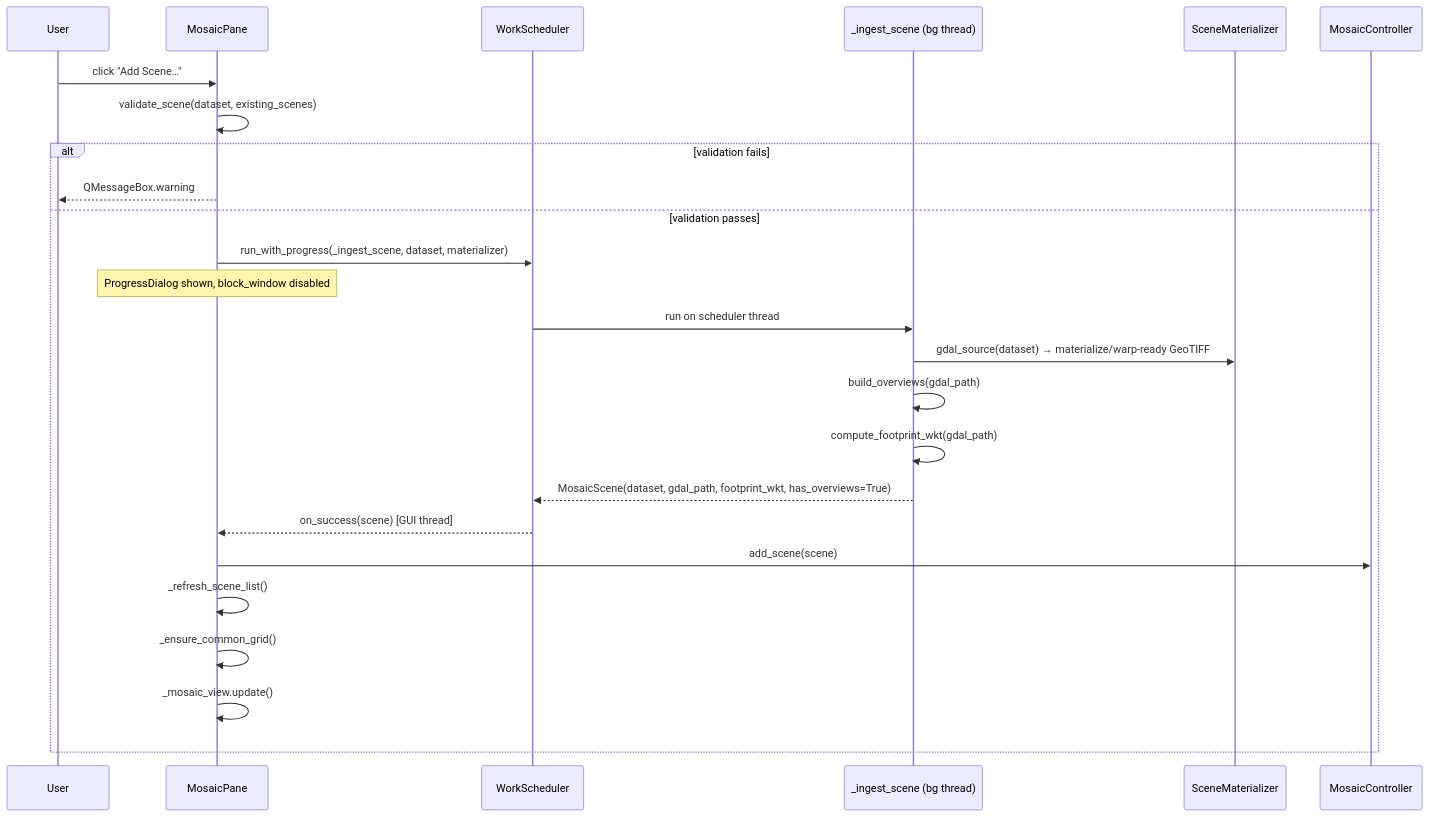
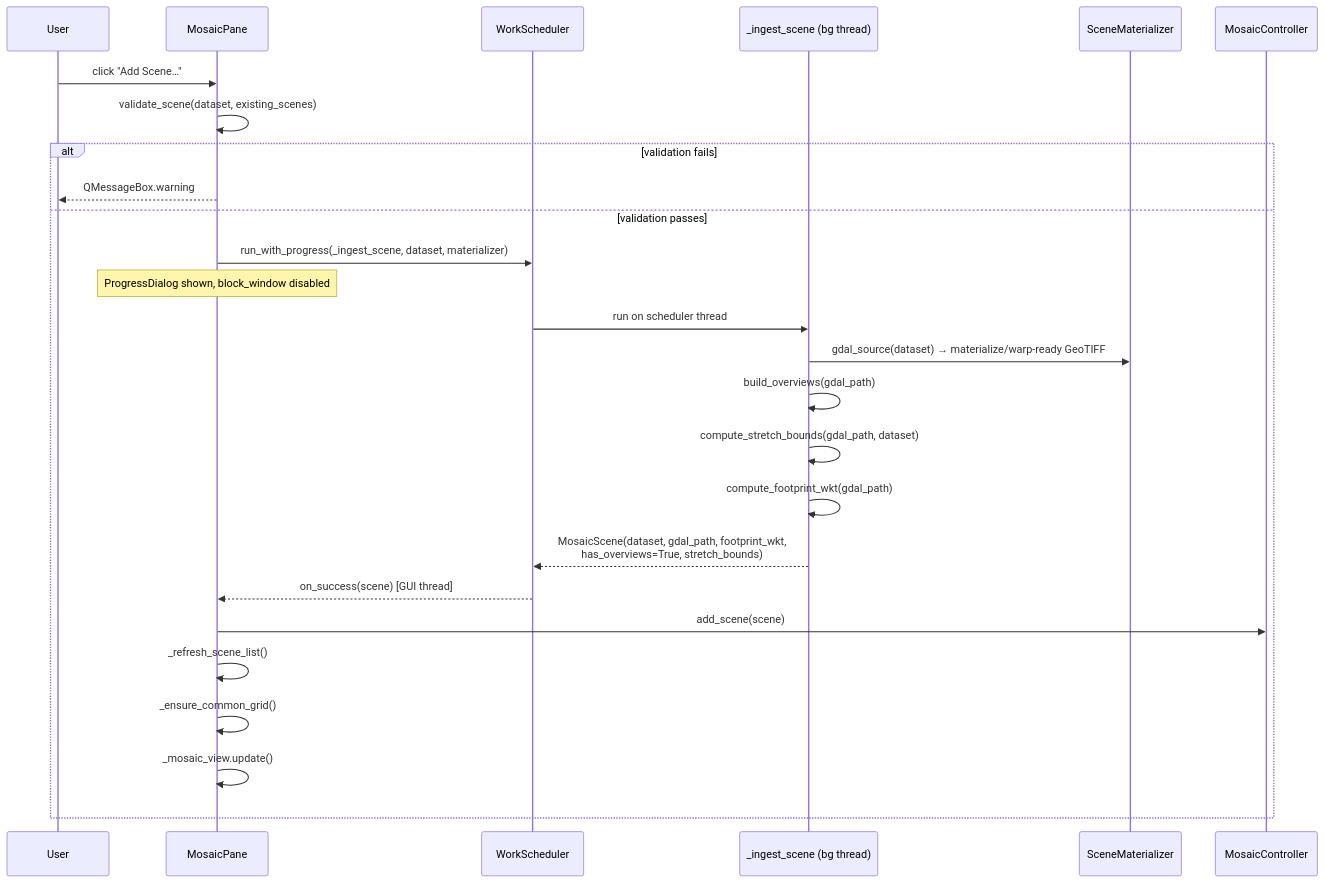
Before and after one commit to Ehlmann-research-group/WISER: the third of 7 diagrams in doc/sphinx-general-wiser-docs/source/developer-content/mosaic-internals.md, drawn with Mermaid. The commit also changed other lines of this file, not shown here.

Commit message:
doc: Updating mosaic internal docs with contrast stretch change

````diff
--- a/doc/sphinx-general-wiser-docs/source/developer-content/mosaic-internals.md
+++ b/doc/sphinx-general-wiser-docs/source/developer-content/mosaic-internals.md
@@ -220,28 +222,29 @@
 ```{mermaid}
 sequenceDiagram
     participant User
     participant Pane as MosaicPane
     participant Sched as WorkScheduler
     participant Ingest as _ingest_scene (bg thread)
     participant Mat as SceneMaterializer
     participant Ctrl as MosaicController
 
     User->>Pane: click "Add Scene…"
     Pane->>Pane: validate_scene(dataset, existing_scenes)
     alt validation fails
         Pane-->>User: QMessageBox.warning
     else validation passes
         Pane->>Sched: run_with_progress(_ingest_scene, dataset, materializer)
         Note over Pane: ProgressDialog shown, block_window disabled
         Sched->>Ingest: run on scheduler thread
         Ingest->>Mat: gdal_source(dataset) → materialize/warp-ready GeoTIFF
         Ingest->>Ingest: build_overviews(gdal_path)
+        Ingest->>Ingest: compute_stretch_bounds(gdal_path, dataset)
         Ingest->>Ingest: compute_footprint_wkt(gdal_path)
-        Ingest-->>Sched: MosaicScene(dataset, gdal_path, footprint_wkt, has_overviews=True)
+        Ingest-->>Sched: MosaicScene(dataset, gdal_path, footprint_wkt,<br/>has_overviews=True, stretch_bounds)
         Sched-->>Pane: on_success(scene) [GUI thread]
         Pane->>Ctrl: add_scene(scene)
         Pane->>Pane: _refresh_scene_list()
         Pane->>Pane: _ensure_common_grid()
         Pane->>Pane: _mosaic_view.update()
     end
 ```
````
